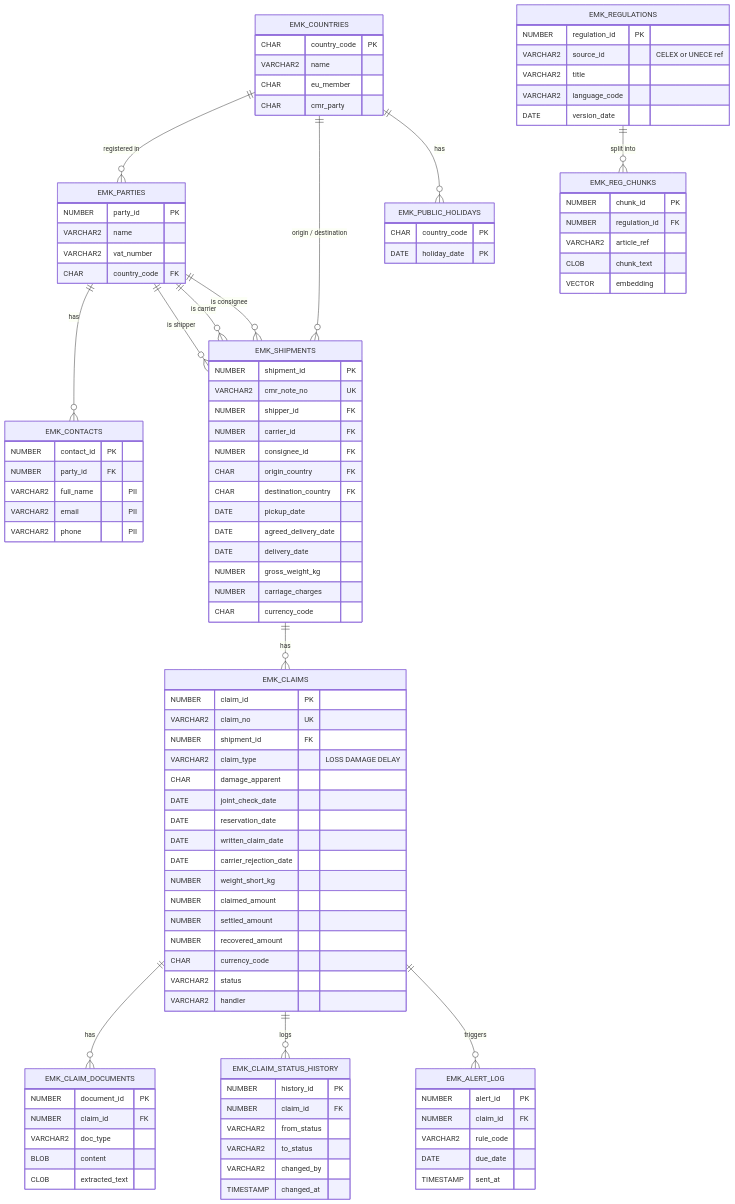
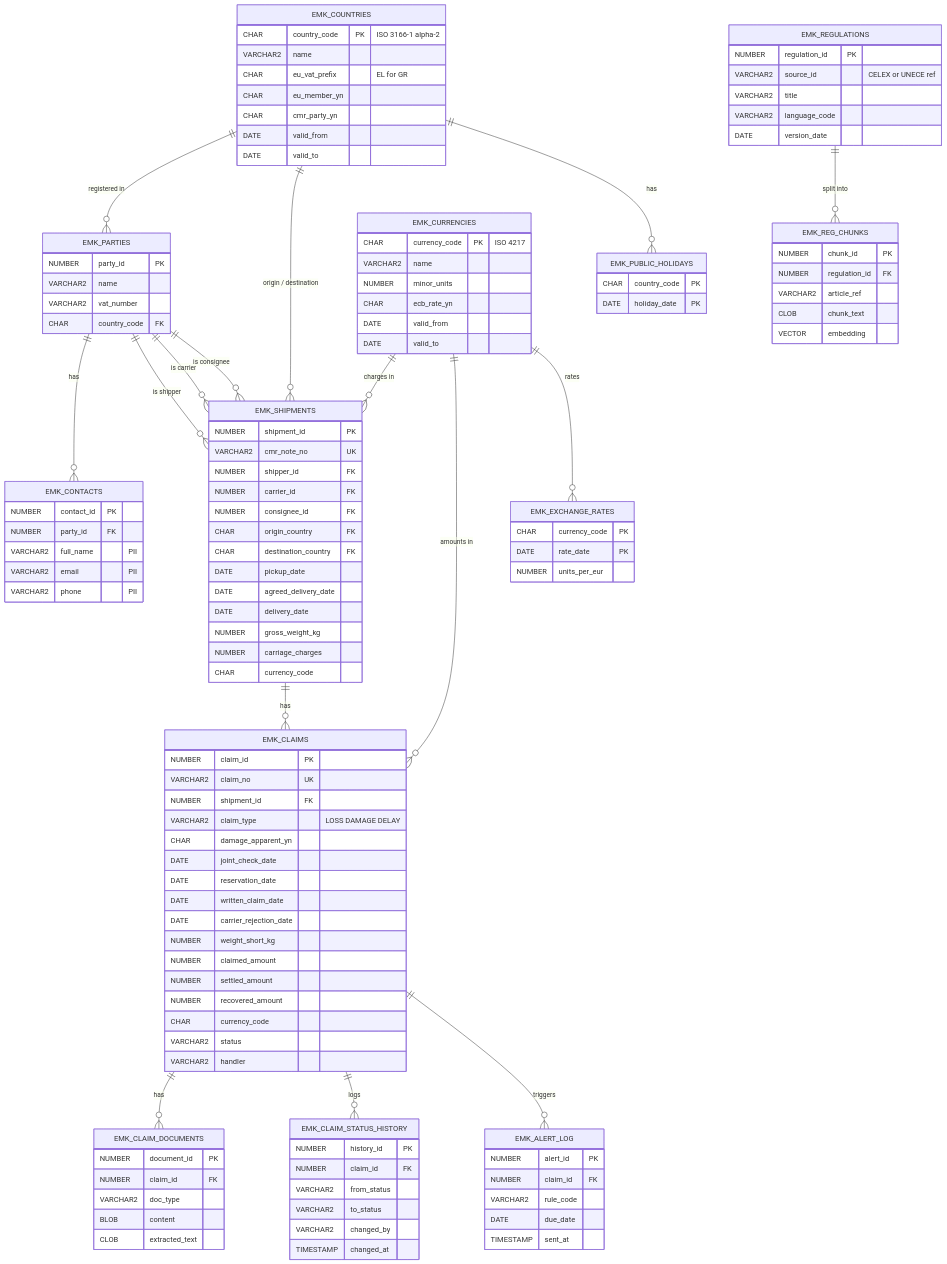
The second of 6 diagrams in docs/spec.md (nmuller000/euromarket-claims-manager), drawn with Mermaid before and after one commit. The commit also changed other lines of this file and 4 other files, not shown here.

First line of the commit message:
docs: ADR-007 integration schema and account hardening; spec v1.3

```diff
--- a/docs/spec.md
+++ b/docs/spec.md
@@ -199,6 +209,9 @@
     EMK_COUNTRIES ||--o{ EMK_PARTIES : "registered in"
     EMK_COUNTRIES ||--o{ EMK_SHIPMENTS : "origin / destination"
     EMK_COUNTRIES ||--o{ EMK_PUBLIC_HOLIDAYS : "has"
+    EMK_CURRENCIES ||--o{ EMK_SHIPMENTS : "charges in"
+    EMK_CURRENCIES ||--o{ EMK_CLAIMS : "amounts in"
+    EMK_CURRENCIES ||--o{ EMK_EXCHANGE_RATES : "rates"
     EMK_SHIPMENTS ||--o{ EMK_CLAIMS : "has"
     EMK_CLAIMS ||--o{ EMK_CLAIM_DOCUMENTS : "has"
     EMK_CLAIMS ||--o{ EMK_CLAIM_STATUS_HISTORY : "logs"
@@ -219,10 +232,26 @@
         VARCHAR2 phone "PII"
     }
     EMK_COUNTRIES {
-        CHAR country_code PK
+        CHAR country_code PK "ISO 3166-1 alpha-2"
         VARCHAR2 name
-        CHAR eu_member
-        CHAR cmr_party
+        CHAR eu_vat_prefix "EL for GR"
+        CHAR eu_member_yn
+        CHAR cmr_party_yn
+        DATE valid_from
+        DATE valid_to
+    }
+    EMK_CURRENCIES {
+        CHAR currency_code PK "ISO 4217"
+        VARCHAR2 name
+        NUMBER minor_units
+        CHAR ecb_rate_yn
+        DATE valid_from
+        DATE valid_to
+    }
+    EMK_EXCHANGE_RATES {
+        CHAR currency_code PK
+        DATE rate_date PK
+        NUMBER units_per_eur
     }
     EMK_PUBLIC_HOLIDAYS {
         CHAR country_code PK
@@ -248,7 +277,7 @@
         VARCHAR2 claim_no UK
         NUMBER shipment_id FK
         VARCHAR2 claim_type "LOSS DAMAGE DELAY"
-        CHAR damage_apparent
+        CHAR damage_apparent_yn
         DATE joint_check_date
         DATE reservation_date
         DATE written_claim_date
```
